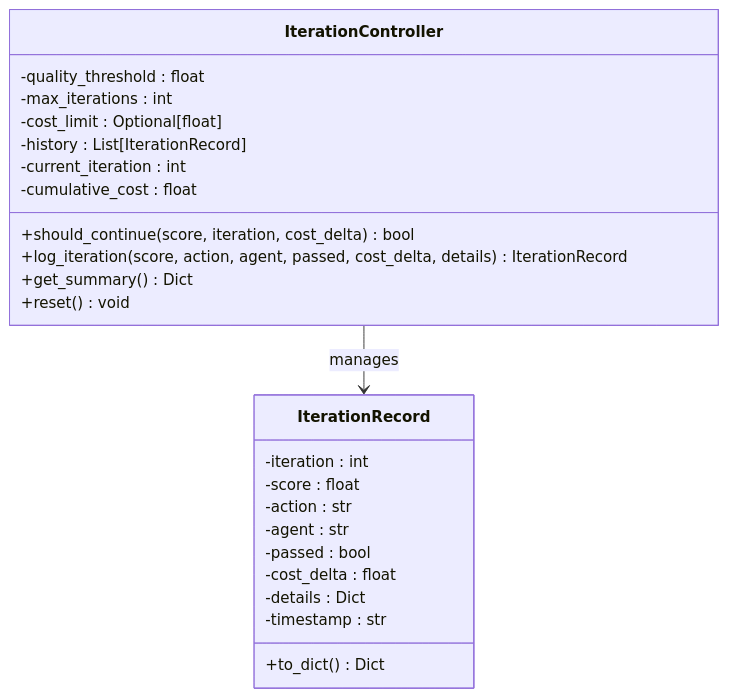
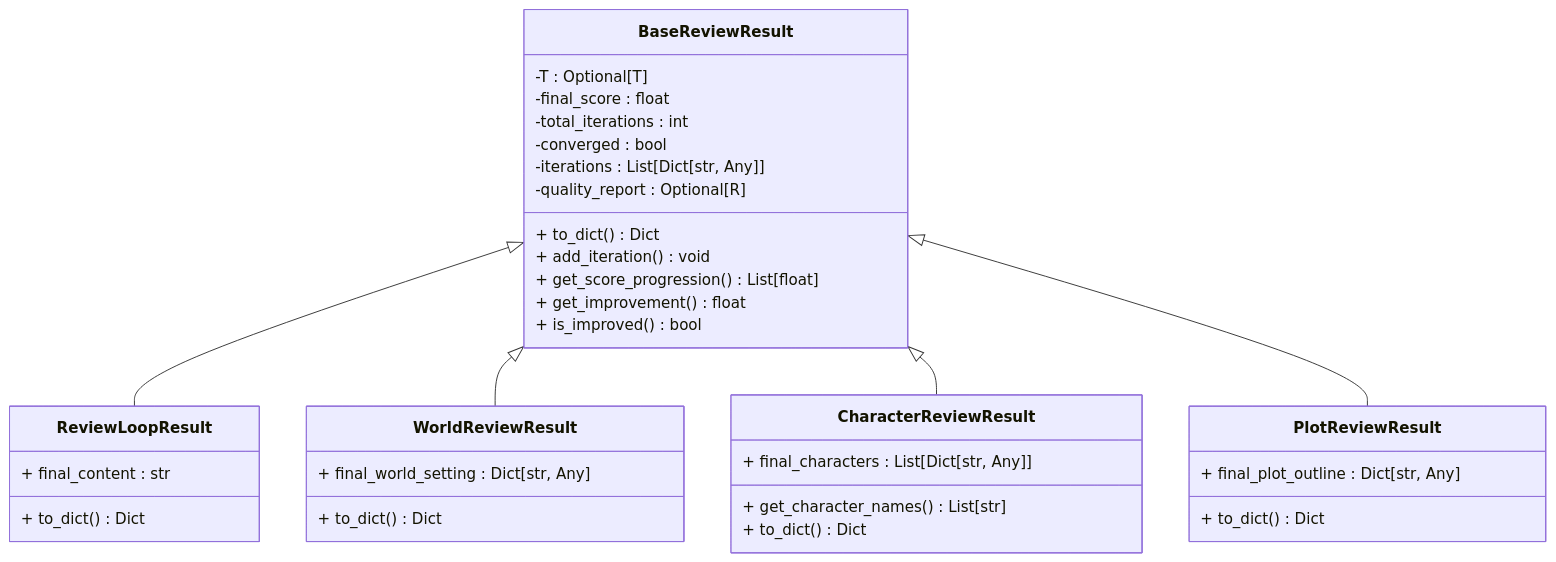
The fourth of 17 diagrams in .qoder/repowiki/zh/content/AI智能体系统/质量保证系统.md (xfbyxq/ai-novel-system), drawn with Mermaid before and after one commit. The commit also changed other lines of this file and 10 other files, not shown here.

````diff
--- a/.qoder/repowiki/zh/content/AI智能体系统/质量保证系统.md
+++ b/.qoder/repowiki/zh/content/AI智能体系统/质量保证系统.md
@@ -194,27 +221,37 @@
 ```mermaid
 classDiagram
-class IterationController {
--quality_threshold : float
--max_iterations : int
--cost_limit : Optional[float]
--history : List[IterationRecord]
--current_iteration : int
--cumulative_cost : float
-+should_continue(score, iteration, cost_delta) bool
-+log_iteration(score, action, agent, passed, cost_delta, details) IterationRecord
-+get_summary() Dict
-+reset() void
+class BaseReviewResult {
+-T : Optional[T]
+-final_score : float
+-total_iterations : int
+-converged : bool
+-iterations : List[Dict[str, Any]]
+-quality_report : Optional[R]
++ to_dict() Dict
++ add_iteration() void
++ get_score_progression() List[float]
++ get_improvement() float
++ is_improved() bool
 }
-class IterationRecord {
--iteration : int
--score : float
--action : str
--agent : str
--passed : bool
--cost_delta : float
--details : Dict
--timestamp : str
-+to_dict() Dict
+class ReviewLoopResult {
++ final_content : str
++ to_dict() Dict
 }
-IterationController --> IterationRecord : manages
+class WorldReviewResult {
++ final_world_setting : Dict[str, Any]
++ to_dict() Dict
+}
+class CharacterReviewResult {
++ final_characters : List[Dict[str, Any]]
++ get_character_names() List[str]
++ to_dict() Dict
+}
+class PlotReviewResult {
++ final_plot_outline : Dict[str, Any]
++ to_dict() Dict
+}
+BaseReviewResult <|-- ReviewLoopResult
+BaseReviewResult <|-- WorldReviewResult
+BaseReviewResult <|-- CharacterReviewResult
+BaseReviewResult <|-- PlotReviewResult
 ```
````
